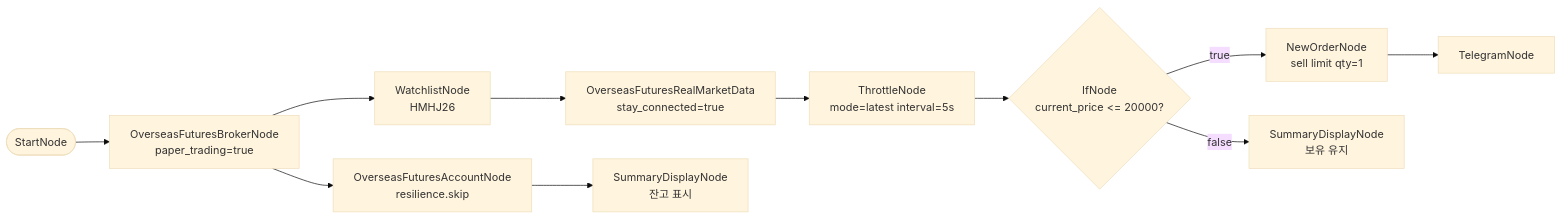
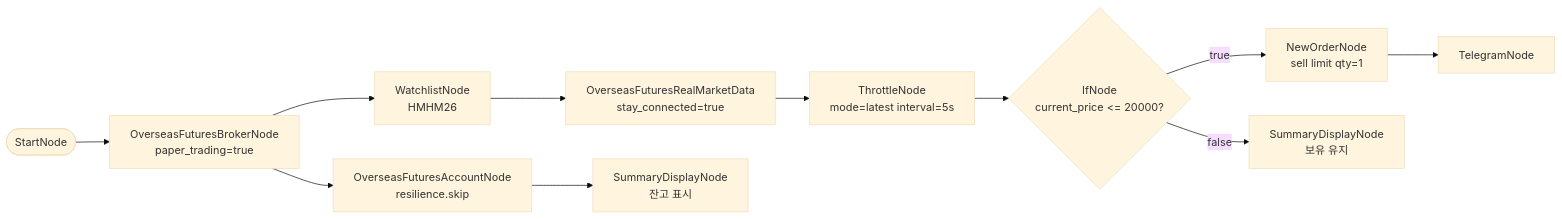
Before and after one commit to programgarden/programgarden: the diagram in src/programgarden/examples/workflows/82-hkex-realtime-stop-loss.md, drawn with Mermaid (base theme). The commit also changed other lines of this file and 11 other files, not shown here.

````diff
--- a/src/programgarden/examples/workflows/82-hkex-realtime-stop-loss.md
+++ b/src/programgarden/examples/workflows/82-hkex-realtime-stop-loss.md
@@ -41,17 +41,17 @@
 ```mermaid
 flowchart LR
     start([StartNode]) --> broker[OverseasFuturesBrokerNode<br/>paper_trading=true]
 
-    broker --> watchlist[WatchlistNode<br/>HMHJ26]
+    broker --> watchlist[WatchlistNode<br/>HMHM26]
     watchlist --> realtime[OverseasFuturesRealMarketData<br/>stay_connected=true]
     realtime --> throttle[ThrottleNode<br/>mode=latest interval=5s]
     throttle --> ifstop{IfNode<br/>current_price <= 20000?}
 
     ifstop -- true --> close[NewOrderNode<br/>sell limit qty=1]
     close --> telegram[TelegramNode]
 
     ifstop -- false --> hold[SummaryDisplayNode<br/>보유 유지]
 
     broker --> account[OverseasFuturesAccountNode<br/>resilience.skip]
     account --> bsummary[SummaryDisplayNode<br/>잔고 표시]
 ```
````
